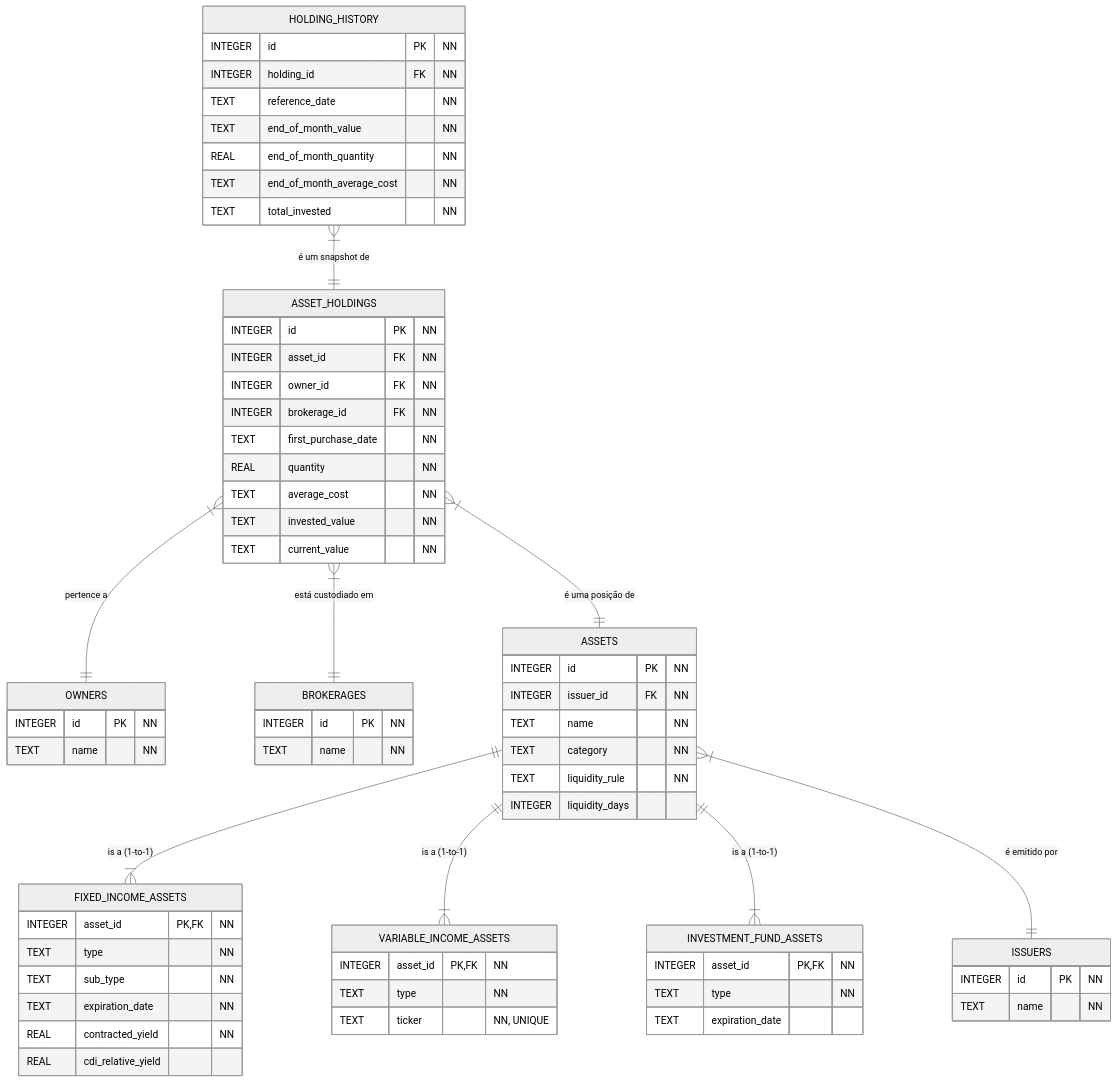
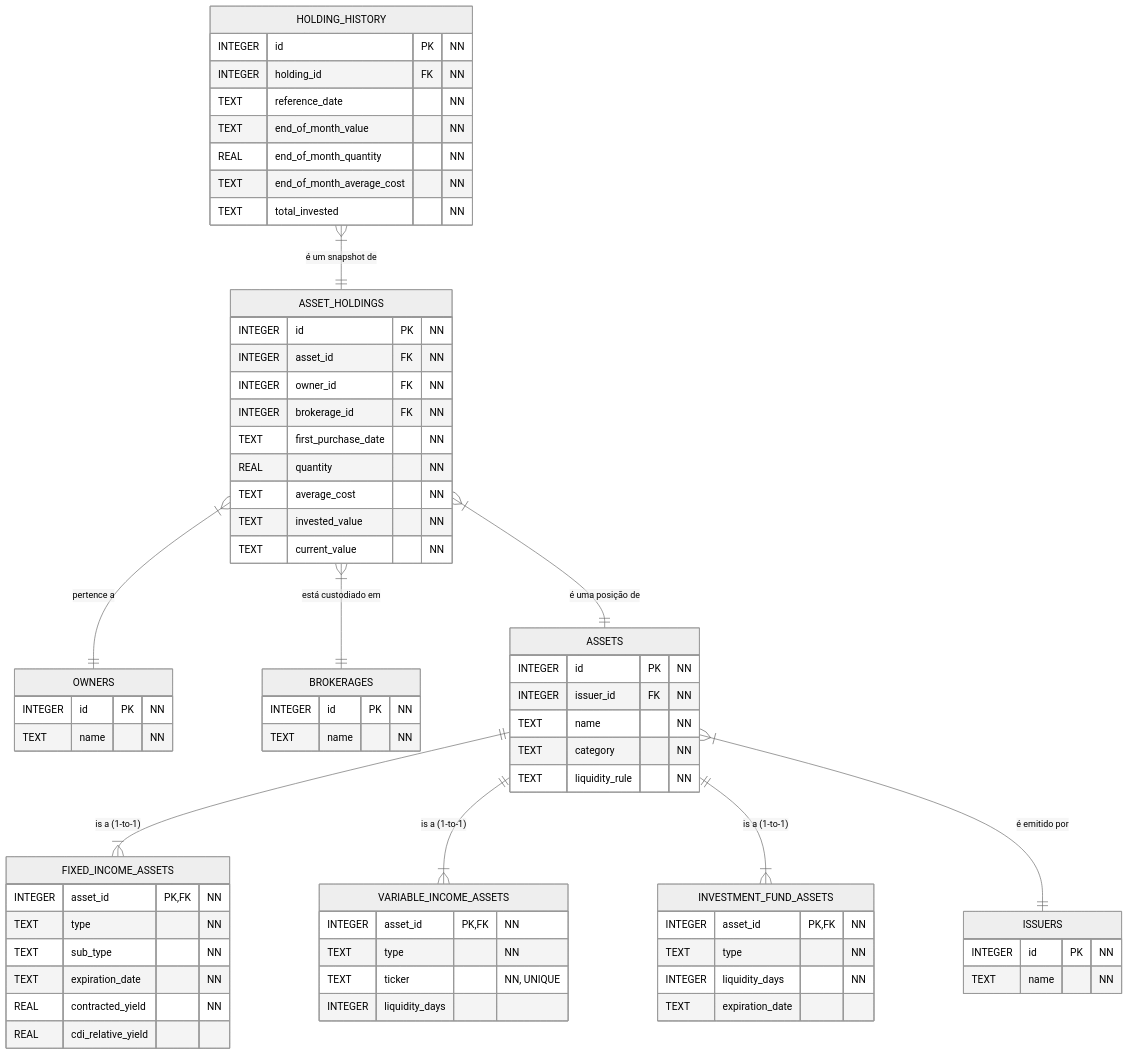
One commit to enirsilvaferraz/Investments-KMP changed the diagram in docs/Modelagem do Banco de Dados.md. Above: the diagram before and after it, drawn with Mermaid (neutral theme). The commit also changed other lines of this file, not shown here.

First line of the commit message:
Refactor: Move liquidity_days to specific asset tables

````diff
--- a/docs/Modelagem do Banco de Dados.md
+++ b/docs/Modelagem do Banco de Dados.md
@@ -7,70 +7,71 @@
 ```mermaid
 erDiagram
     OWNERS {
         INTEGER id PK "NN"
         TEXT name "NN"
     }
     BROKERAGES {
         INTEGER id PK "NN"
         TEXT name "NN"
     }
     ISSUERS {
         INTEGER id PK "NN"
         TEXT name "NN"
     }
     ASSETS {
         INTEGER id PK "NN"
         INTEGER issuer_id FK "NN"
         TEXT name "NN"
         TEXT category "NN"
         TEXT liquidity_rule "NN"
-        INTEGER liquidity_days
     }
     FIXED_INCOME_ASSETS {
         INTEGER asset_id PK, FK "NN"
         TEXT type "NN"
         TEXT sub_type "NN"
         TEXT expiration_date "NN"
         REAL contracted_yield "NN"
         REAL cdi_relative_yield
     }
     VARIABLE_INCOME_ASSETS {
         INTEGER asset_id PK, FK "NN"
         TEXT type "NN"
         TEXT ticker "NN, UNIQUE"
+        INTEGER liquidity_days
     }
     INVESTMENT_FUND_ASSETS {
         INTEGER asset_id PK, FK "NN"
         TEXT type "NN"
+        INTEGER liquidity_days "NN"
         TEXT expiration_date
     }
     ASSET_HOLDINGS {
         INTEGER id PK "NN"
         INTEGER asset_id FK "NN"
         INTEGER owner_id FK "NN"
         INTEGER brokerage_id FK "NN"
         TEXT first_purchase_date "NN"
         REAL quantity "NN"
         TEXT average_cost "NN"
         TEXT invested_value "NN"
         TEXT current_value "NN"
     }
     HOLDING_HISTORY {
         INTEGER id PK "NN"
         INTEGER holding_id FK "NN"
         TEXT reference_date "NN"
         TEXT end_of_month_value "NN"
         REAL end_of_month_quantity "NN"
         TEXT end_of_month_average_cost "NN"
         TEXT total_invested "NN"
     }
 
     ASSETS ||--|{ FIXED_INCOME_ASSETS : "is a (1-to-1)"
     ASSETS ||--|{ VARIABLE_INCOME_ASSETS : "is a (1-to-1)"
     ASSETS ||--|{ INVESTMENT_FUND_ASSETS : "is a (1-to-1)"
     ASSETS }|--|| ISSUERS : "é emitido por"
     ASSET_HOLDINGS }|--|| ASSETS : "é uma posição de"
     ASSET_HOLDINGS }|--|| OWNERS : "pertence a"
     ASSET_HOLDINGS }|--|| BROKERAGES : "está custodiado em"
     HOLDING_HISTORY }|--|| ASSET_HOLDINGS : "é um snapshot de"
 ```
````
